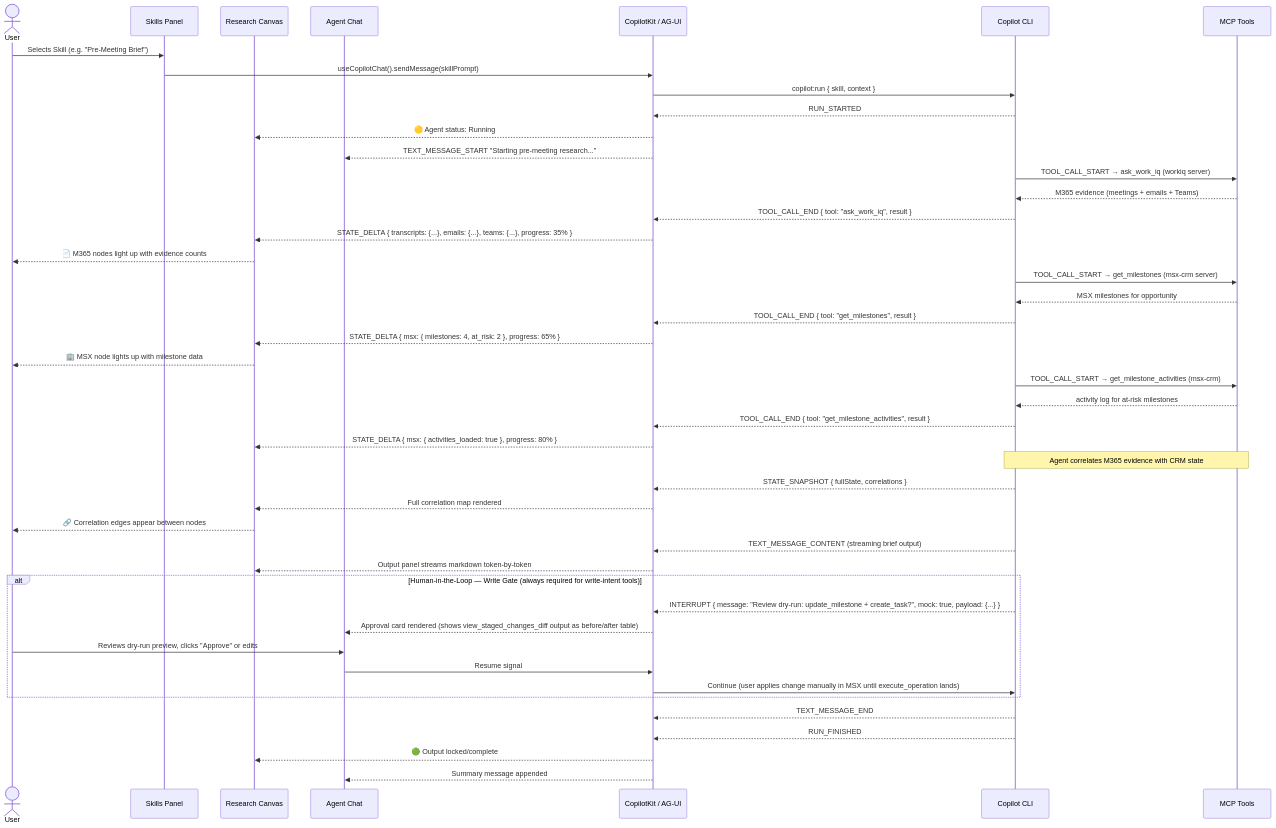
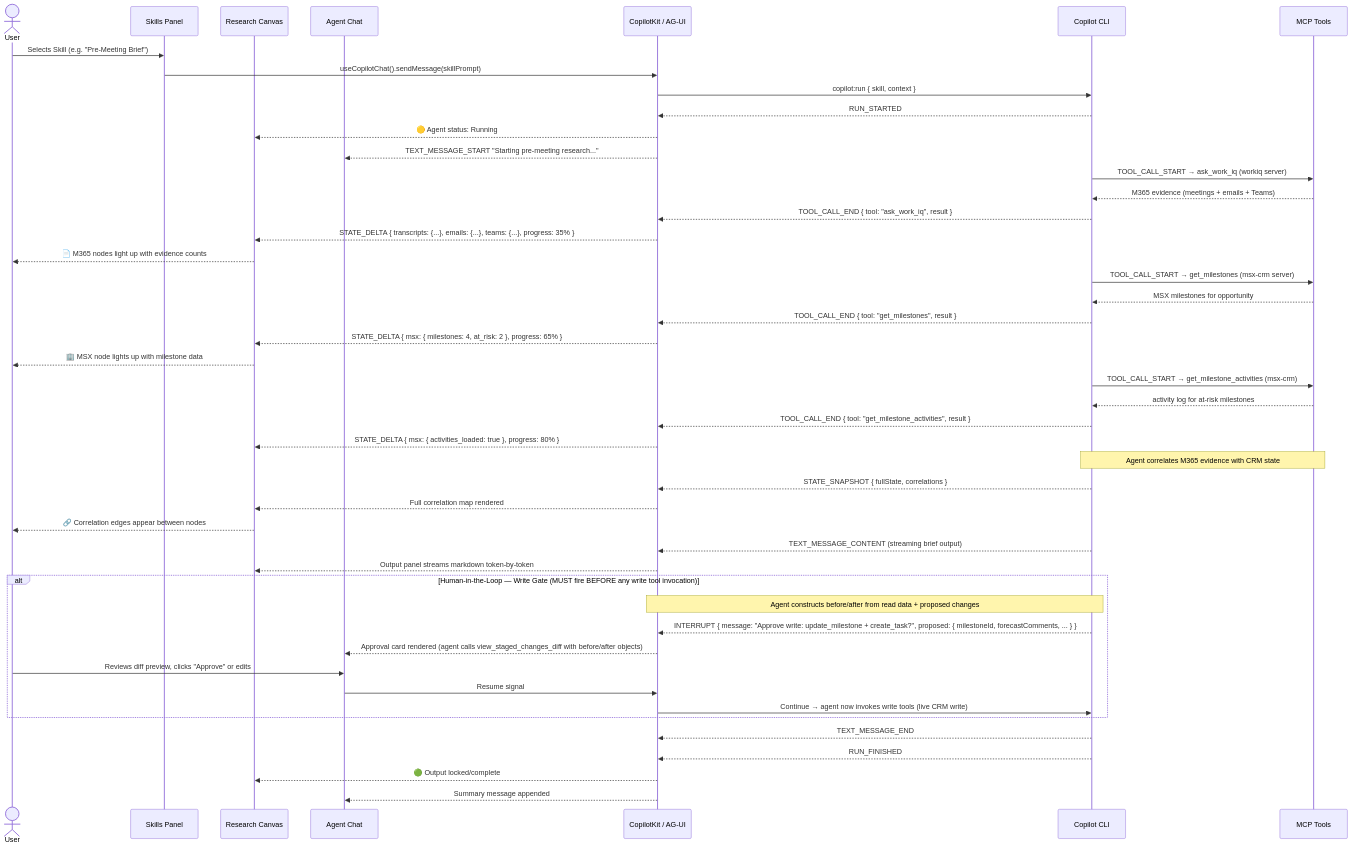
The second of 5 diagrams in _specs/imported-spec.md (JinLee794/mcaps-copilot-tools), drawn with Mermaid before and after one commit. The commit also changed other lines of this file, not shown here.

First line of the commit message:
docs: update imported spec with write-gate flow and entity schema refinements

````diff
--- a/_specs/imported-spec.md
+++ b/_specs/imported-spec.md
@@ -182,56 +182,57 @@
 ```mermaid
 sequenceDiagram
     actor User 
     participant SP as Skills Panel
     participant RC as Research Canvas
     participant AC as Agent Chat
     participant CPK as CopilotKit / AG-UI
     participant CLI as Copilot CLI
     participant MCP as MCP Tools
 
     User->>SP: Selects Skill (e.g. "Pre-Meeting Brief")
     SP->>CPK: useCopilotChat().sendMessage(skillPrompt)
     CPK->>CLI: copilot:run { skill, context }
 
     CLI-->>CPK: RUN_STARTED
     CPK-->>RC: 🟡 Agent status: Running
     CPK-->>AC: TEXT_MESSAGE_START "Starting pre-meeting research..."
 
     CLI->>MCP: TOOL_CALL_START → ask_work_iq (workiq server)
     MCP-->>CLI: M365 evidence (meetings + emails + Teams)
     CLI-->>CPK: TOOL_CALL_END { tool: "ask_work_iq", result }
     CPK-->>RC: STATE_DELTA { transcripts: {...}, emails: {...}, teams: {...}, progress: 35% }
     RC-->>User: 📄 M365 nodes light up with evidence counts
 
     CLI->>MCP: TOOL_CALL_START → get_milestones (msx-crm server)
     MCP-->>CLI: MSX milestones for opportunity
     CLI-->>CPK: TOOL_CALL_END { tool: "get_milestones", result }
     CPK-->>RC: STATE_DELTA { msx: { milestones: 4, at_risk: 2 }, progress: 65% }
     RC-->>User: 🏢 MSX node lights up with milestone data
 
     CLI->>MCP: TOOL_CALL_START → get_milestone_activities (msx-crm)
     MCP-->>CLI: activity log for at-risk milestones
     CLI-->>CPK: TOOL_CALL_END { tool: "get_milestone_activities", result }
     CPK-->>RC: STATE_DELTA { msx: { activities_loaded: true }, progress: 80% }
 
     Note over CLI,MCP: Agent correlates M365 evidence with CRM state
     CLI-->>CPK: STATE_SNAPSHOT { fullState, correlations }
     CPK-->>RC: Full correlation map rendered
     RC-->>User: 🔗 Correlation edges appear between nodes
 
     CLI-->>CPK: TEXT_MESSAGE_CONTENT (streaming brief output)
     CPK-->>RC: Output panel streams markdown token-by-token
 
-    alt Human-in-the-Loop — Write Gate (always required for write-intent tools)
-        CLI-->>CPK: INTERRUPT { message: "Review dry-run: update_milestone + create_task?", mock: true, payload: {...} }
-        CPK-->>AC: Approval card rendered (shows view_staged_changes_diff output as before/after table)
-        User->>AC: Reviews dry-run preview, clicks "Approve" or edits
+    alt Human-in-the-Loop — Write Gate (MUST fire BEFORE any write tool invocation)
+        Note over CLI,CPK: Agent constructs before/after from read data + proposed changes
+        CLI-->>CPK: INTERRUPT { message: "Approve write: update_milestone + create_task?", proposed: { milestoneId, forecastComments, ... } }
+        CPK-->>AC: Approval card rendered (agent calls view_staged_changes_diff with before/after objects)
+        User->>AC: Reviews diff preview, clicks "Approve" or edits
         AC->>CPK: Resume signal
-        CPK->>CLI: Continue (user applies change manually in MSX until execute_operation lands)
+        CPK->>CLI: Continue → agent now invokes write tools (live CRM write)
     end
 
     CLI-->>CPK: TEXT_MESSAGE_END
     CLI-->>CPK: RUN_FINISHED
     CPK-->>RC: 🟢 Output locked/complete
     CPK-->>AC: Summary message appended
 ```
````
